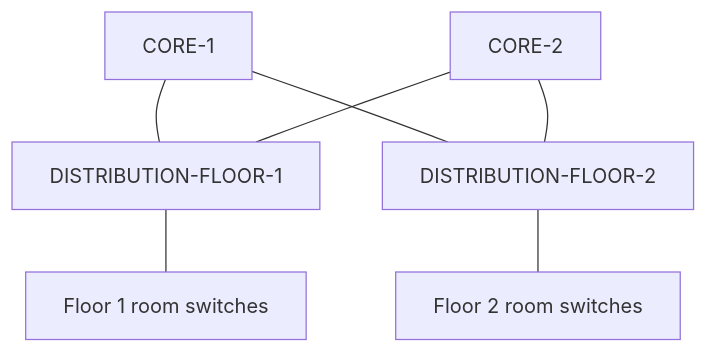
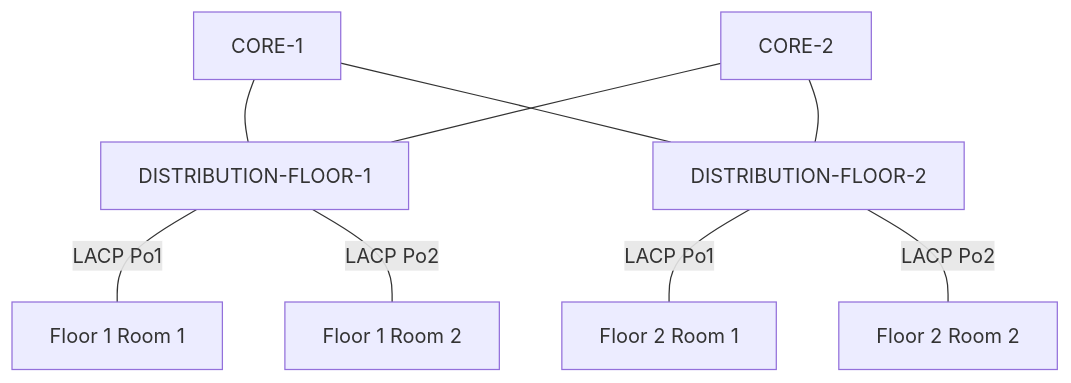
One commit to jamar-alderman/Networking-LAb changed the diagram in README.md. Above: the diagram before and after it, drawn with Mermaid. The commit also changed other lines of this file and 10 other files, not shown here.

````diff
--- a/README.md
+++ b/README.md
@@ -21,9 +19,11 @@
 ```mermaid
 flowchart TB
   C1["CORE-1"] --- D1["DISTRIBUTION-FLOOR-1"]
   C1 --- D2["DISTRIBUTION-FLOOR-2"]
   C2["CORE-2"] --- D1
   C2 --- D2
-  D1 --- A1["Floor 1 room switches"]
-  D2 --- A2["Floor 2 room switches"]
+  D1 ---|"LACP Po1"| R11["Floor 1 Room 1"]
+  D1 ---|"LACP Po2"| R12["Floor 1 Room 2"]
+  D2 ---|"LACP Po1"| R21["Floor 2 Room 1"]
+  D2 ---|"LACP Po2"| R22["Floor 2 Room 2"]
 ```
````
